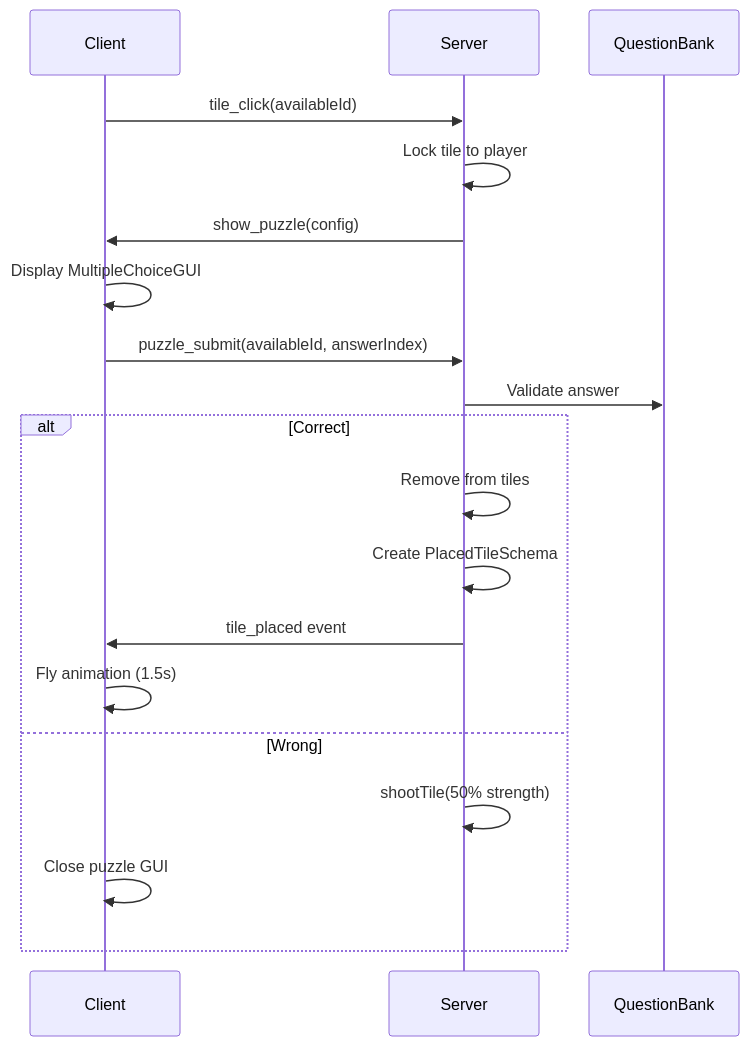
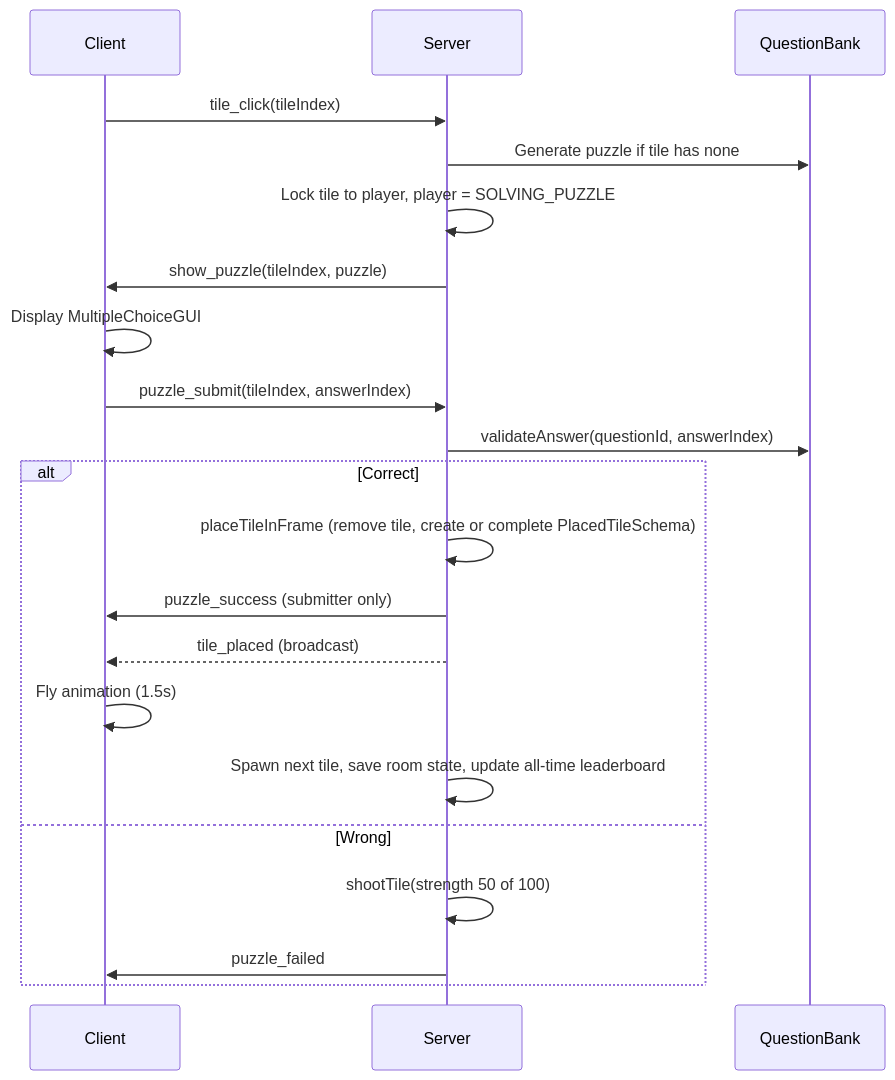
Diagram 12 of 16 in docs/GAME_LOGIC.md (nguyenvanduocit/the-car-game), drawn with Mermaid before and after one commit. The commit also changed other lines of this file and 18 other files, not shown here.

````diff
--- a/docs/GAME_LOGIC.md
+++ b/docs/GAME_LOGIC.md
@@ -329,24 +362,26 @@
 ```mermaid
 sequenceDiagram
     participant C as Client
     participant S as Server
     participant QB as QuestionBank
 
-    C->>S: tile_click(availableId)
-    S->>S: Lock tile to player
-    S->>C: show_puzzle(config)
+    C->>S: tile_click(tileIndex)
+    S->>QB: Generate puzzle if tile has none
+    S->>S: Lock tile to player, player = SOLVING_PUZZLE
+    S->>C: show_puzzle(tileIndex, puzzle)
     C->>C: Display MultipleChoiceGUI
 
-    C->>S: puzzle_submit(availableId, answerIndex)
-    S->>QB: Validate answer
+    C->>S: puzzle_submit(tileIndex, answerIndex)
+    S->>QB: validateAnswer(questionId, answerIndex)
 
     alt Correct
-        S->>S: Remove from tiles
-        S->>S: Create PlacedTileSchema
-        S->>C: tile_placed event
+        S->>S: placeTileInFrame (remove tile, create or complete PlacedTileSchema)
+        S->>C: puzzle_success (submitter only)
+        S-->>C: tile_placed (broadcast)
         C->>C: Fly animation (1.5s)
+        S->>S: Spawn next tile, save room state, update all-time leaderboard
     else Wrong
-        S->>S: shootTile(50% strength)
-        C->>C: Close puzzle GUI
+        S->>S: shootTile(strength 50 of 100)
+        S->>C: puzzle_failed
     end
 ```
````
